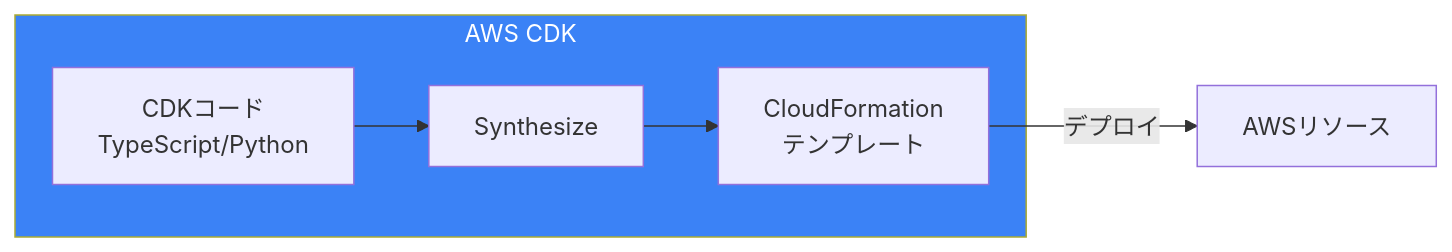
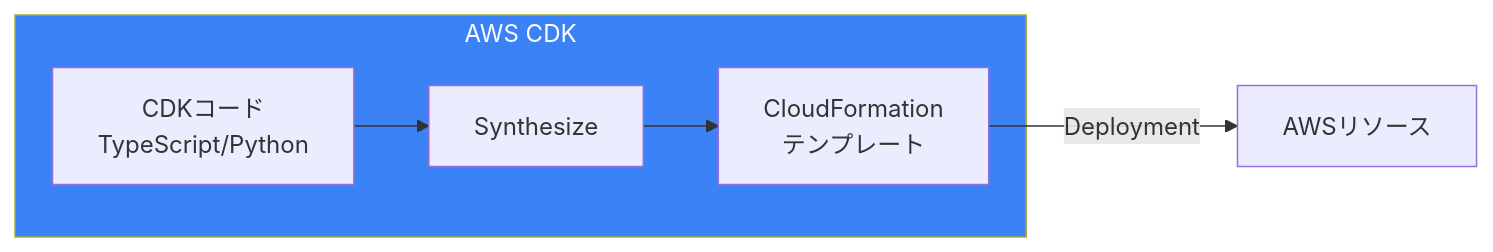
The fourth of 13 diagrams in content/blog/ja/aws-iac-comparison.md (shunkus/shunku.net), drawn with Mermaid before and after one commit. The commit also changed other lines of this file and 56 other files, not shown here.

````diff
--- a/content/blog/ja/aws-iac-comparison.md
+++ b/content/blog/ja/aws-iac-comparison.md
@@ -171,14 +171,14 @@
 ```mermaid
 flowchart LR
     subgraph CDK["AWS CDK"]
         Code["CDKコード<br/>TypeScript/Python"]
         Synth["Synthesize"]
         CFn["CloudFormation<br/>テンプレート"]
     end
 
     Code --> Synth
     Synth --> CFn
-    CFn --> |"デプロイ"| AWS["AWSリソース"]
+    CFn --> |"Deployment"| AWS["AWSリソース"]
 
     style CDK fill:#3b82f6,color:#fff
 ```
````
